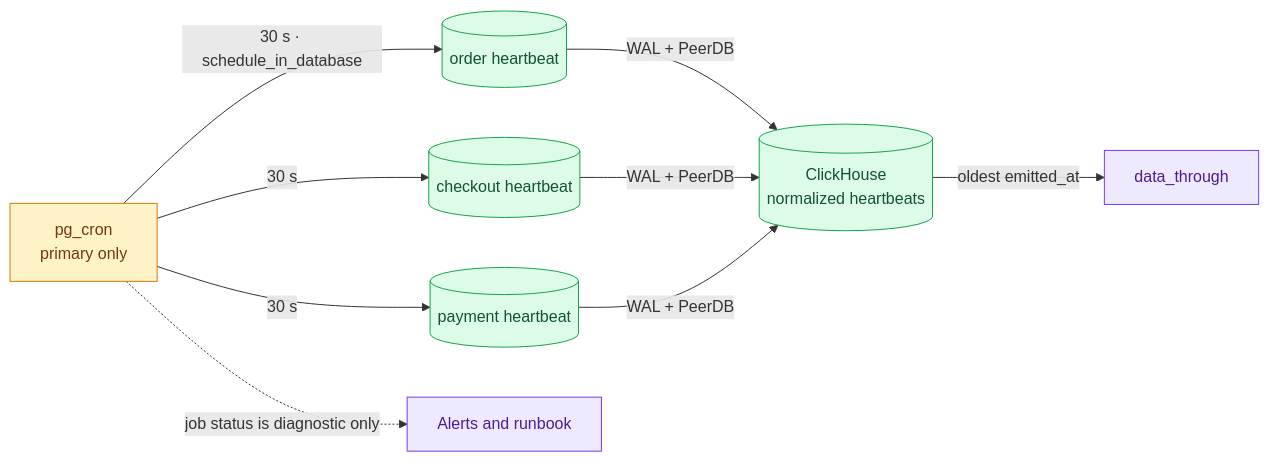
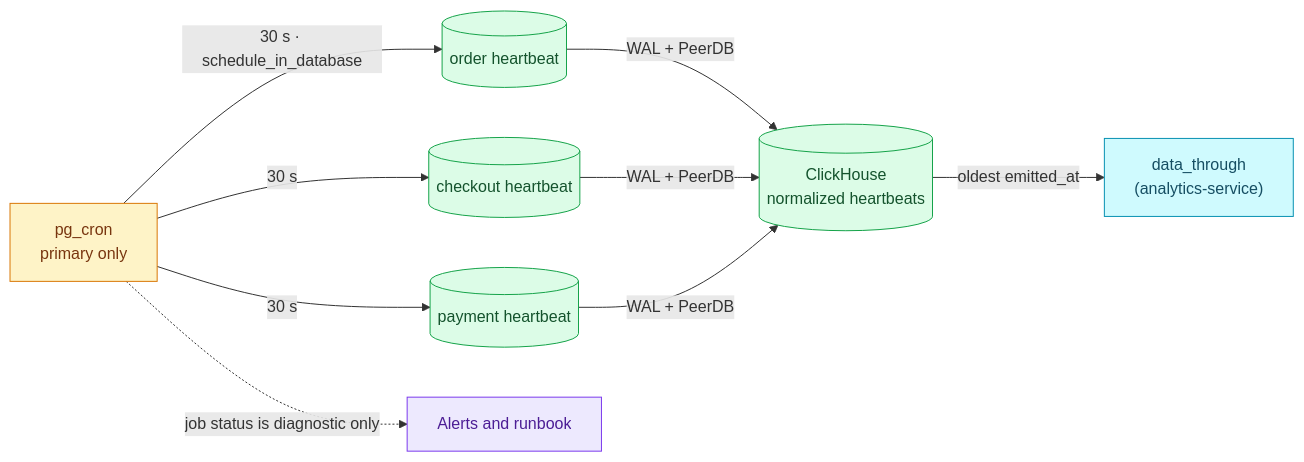
Before and after one commit to duynhlab/homelab: the diagram in docs/proposals/adr/ADR-068-schedule-cdc-heartbeats-with-pg-cron/README.md, drawn with Mermaid. The commit also changed 11 other files, not shown here.

Commit message:
Redraw RFC-0030's Mermaid diagrams as deployed (#1385)

````diff
--- a/docs/proposals/adr/ADR-068-schedule-cdc-heartbeats-with-pg-cron/README.md
+++ b/docs/proposals/adr/ADR-068-schedule-cdc-heartbeats-with-pg-cron/README.md
@@ -101,16 +101,18 @@
 ```mermaid
 flowchart LR
     CRON["pg_cron<br/>primary only"] -->|"30 s · schedule_in_database"| O[("order heartbeat")]
     CRON -->|"30 s"| C[("checkout heartbeat")]
     CRON -->|"30 s"| P[("payment heartbeat")]
     O & C & P -->|"WAL + PeerDB"| CH[("ClickHouse<br/>normalized heartbeats")]
-    CH -->|"oldest emitted_at"| F["data_through"]
+    CH -->|"oldest emitted_at"| F["data_through<br/>(analytics-service)"]
     CRON -.->|"job status is diagnostic only"| OPS["Alerts and runbook"]
 
     classDef worker fill:#fef3c7,color:#78350f,stroke:#d97706;
     classDef platform fill:#ede9fe,color:#4c1d95,stroke:#7c3aed;
     classDef data fill:#dcfce7,color:#14532d,stroke:#16a34a;
+    classDef service fill:#cffafe,color:#164e63,stroke:#0891b2;
     class CRON worker;
     class O,C,P,CH data;
-    class F,OPS platform;
+    class F service;
+    class OPS platform;
 ```
````
